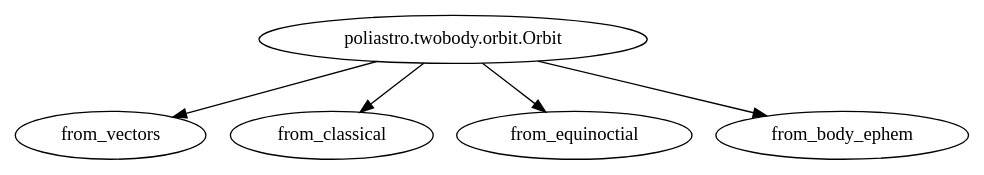
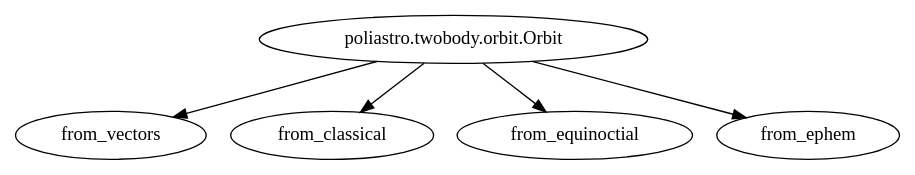
The diagram in docs/source/api/safe/twobody/orbit.rst (poliastro/poliastro), drawn with Graphviz before and after one commit. The commit also changed other lines of this file and 1 other file, not shown here.

Commit message:
Remove `Orbit.from_body_ephem` mentions from the user guide

```diff
--- a/docs/source/api/safe/twobody/orbit.rst
+++ b/docs/source/api/safe/twobody/orbit.rst
@@ -10,5 +10,5 @@
 .. graphviz::
 
    digraph {
-      "poliastro.twobody.orbit.Orbit" -> "from_vectors", "from_classical", "from_equinoctial", "from_body_ephem";
+      "poliastro.twobody.orbit.Orbit" -> "from_vectors", "from_classical", "from_equinoctial", "from_ephem";
    }
```
